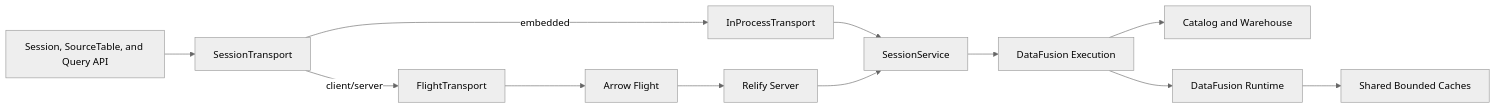
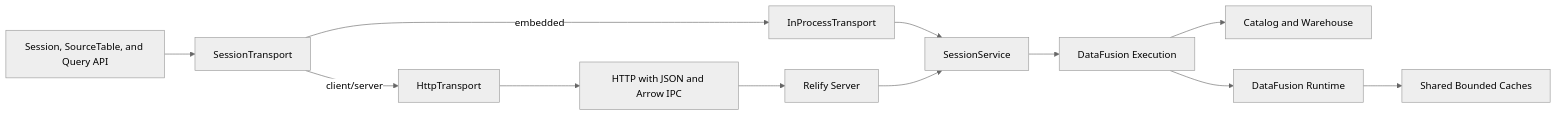
One commit to parqdb-io/parqdb changed the first of 2 diagrams in docs/rfcs/20260815-unified-embedded-client-server-api.md. Above: the diagram before and after it, drawn with Mermaid (neutral theme). The commit also changed other lines of this file, not shown here.

Commit message:
docs(rfc): adopt Lance-style HTTP protocol

````diff
--- a/docs/rfcs/20260815-unified-embedded-client-server-api.md
+++ b/docs/rfcs/20260815-unified-embedded-client-server-api.md
@@ -244,17 +291,17 @@
 ```mermaid
 flowchart LR
     API["Session, SourceTable, and Query API"] --> T["SessionTransport"]
 
     T -->|embedded| I["InProcessTransport"]
-    T -->|client/server| F["FlightTransport"]
+    T -->|client/server| H["HttpTransport"]
 
     I --> S["SessionService"]
-    F --> N["Arrow Flight"]
+    H --> N["HTTP with JSON and Arrow IPC"]
     N --> R["Relify Server"]
     R --> S
 
     S --> L["DataFusion Execution"]
     L --> C["Catalog and Warehouse"]
     L --> E["DataFusion Runtime"]
     E --> P["Shared Bounded Caches"]
 ```
````
